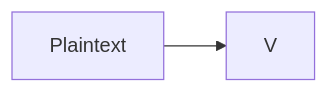
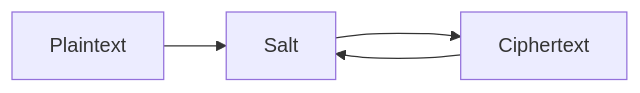
The diagram in .github/README.md (rylan-justice/rca), drawn with Mermaid before and after one commit.

````diff
--- a/.github/README.md
+++ b/.github/README.md
@@ -7,3 +7,3 @@
 ```mermaid
-graph LR;Plaintext-->V
+graph LR;Plaintext-->Salt--->Ciphertext--->Salt
 ```
````
